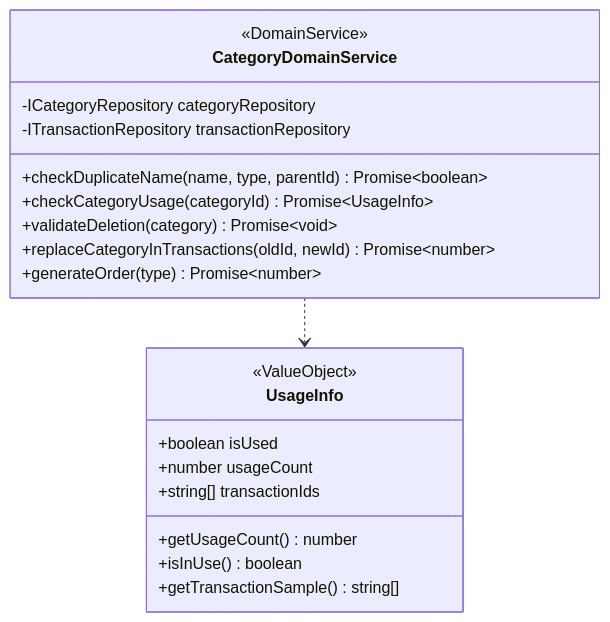
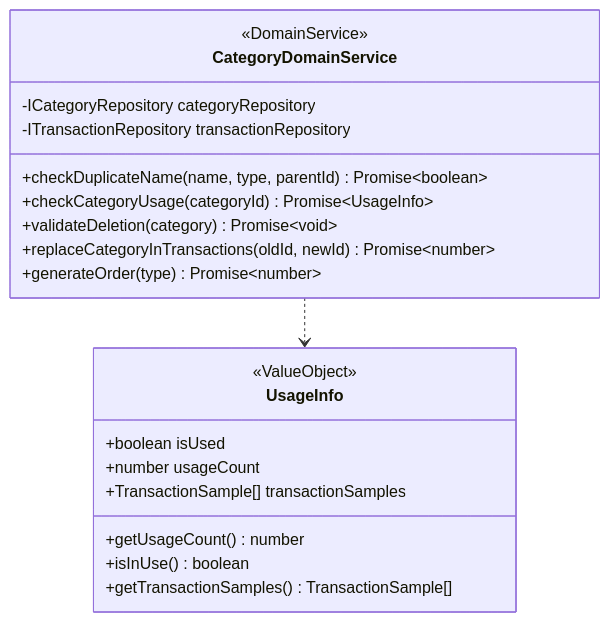
The second of 10 diagrams in docs/detailed-design/FR-011_category-crud/class-diagrams.md (kencom2400/account-book), drawn with Mermaid before and after one commit. The commit also changed other lines of this file and 1 other file, not shown here.

First line of the commit message:
docs: improve usage API to return transaction sample details

````diff
--- a/docs/detailed-design/FR-011_category-crud/class-diagrams.md
+++ b/docs/detailed-design/FR-011_category-crud/class-diagrams.md
@@ -111,25 +111,25 @@
 ```mermaid
 classDiagram
     class CategoryDomainService {
         <<DomainService>>
         -ICategoryRepository categoryRepository
         -ITransactionRepository transactionRepository
         +checkDuplicateName(name, type, parentId) Promise~boolean~
         +checkCategoryUsage(categoryId) Promise~UsageInfo~
         +validateDeletion(category) Promise~void~
         +replaceCategoryInTransactions(oldId, newId) Promise~number~
         +generateOrder(type) Promise~number~
     }
 
     class UsageInfo {
         <<ValueObject>>
         +boolean isUsed
         +number usageCount
-        +string[] transactionIds
+        +TransactionSample[] transactionSamples
         +getUsageCount() number
         +isInUse() boolean
-        +getTransactionSample() string[]
+        +getTransactionSamples() TransactionSample[]
     }
 
     CategoryDomainService ..> UsageInfo
 ```
````
